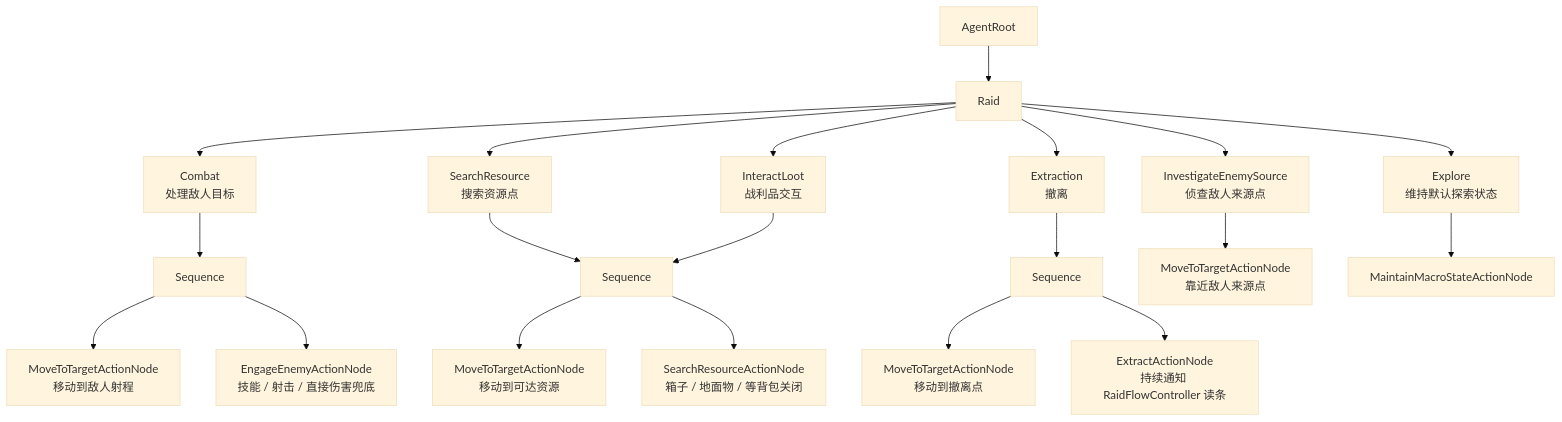
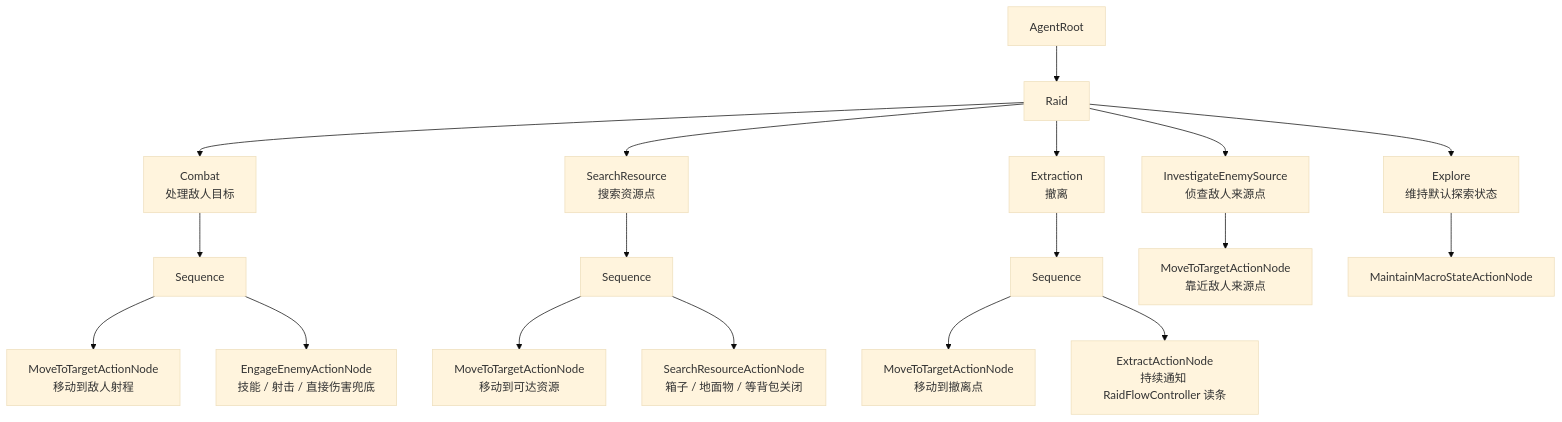
Before and after one commit to mcaswen/Extraction-like: the third of 3 diagrams in outputs/agent_ai_framework_diagram.md, drawn with Mermaid (base theme). The commit also changed other lines of this file and 26 other files, not shown here.

First line of the commit message:
refactor: 删除从未进入的 InteractLoot 状态和 HasInteractableTarget，旧动作节点改为只在编辑器编译

````diff
--- a/outputs/agent_ai_framework_diagram.md
+++ b/outputs/agent_ai_framework_diagram.md
@@ -189,29 +185,27 @@
 ```mermaid
 flowchart TB
     Root["AgentRoot"]
     Raid["Raid"]
     Root --> Raid
 
     Raid --> Explore["Explore<br/>维持默认探索状态"]
     Raid --> Combat["Combat<br/>处理敌人目标"]
     Raid --> Source["InvestigateEnemySource<br/>侦查敌人来源点"]
     Raid --> Search["SearchResource<br/>搜索资源点"]
-    Raid --> Loot["InteractLoot<br/>战利品交互"]
     Raid --> Extract["Extraction<br/>撤离"]
 
     Combat --> CombatSeq["Sequence"]
     CombatSeq --> CombatMove["MoveToTargetActionNode<br/>移动到敌人射程"]
     CombatSeq --> Attack["EngageEnemyActionNode<br/>技能 / 射击 / 直接伤害兜底"]
 
     Search --> SearchSeq["Sequence"]
     SearchSeq --> SearchMove["MoveToTargetActionNode<br/>移动到可达资源"]
     SearchSeq --> OpenLoot["SearchResourceActionNode<br/>箱子 / 地面物 / 等背包关闭"]
 
     Extract --> ExtractSeq["Sequence"]
     ExtractSeq --> ExtractMove["MoveToTargetActionNode<br/>移动到撤离点"]
     ExtractSeq --> ExtractAction["ExtractActionNode<br/>持续通知 RaidFlowController 读条"]
 
     Source --> SourceMove["MoveToTargetActionNode<br/>靠近敌人来源点"]
     Explore --> Maintain["MaintainMacroStateActionNode"]
-    Loot --> SearchSeq
 ```
````
